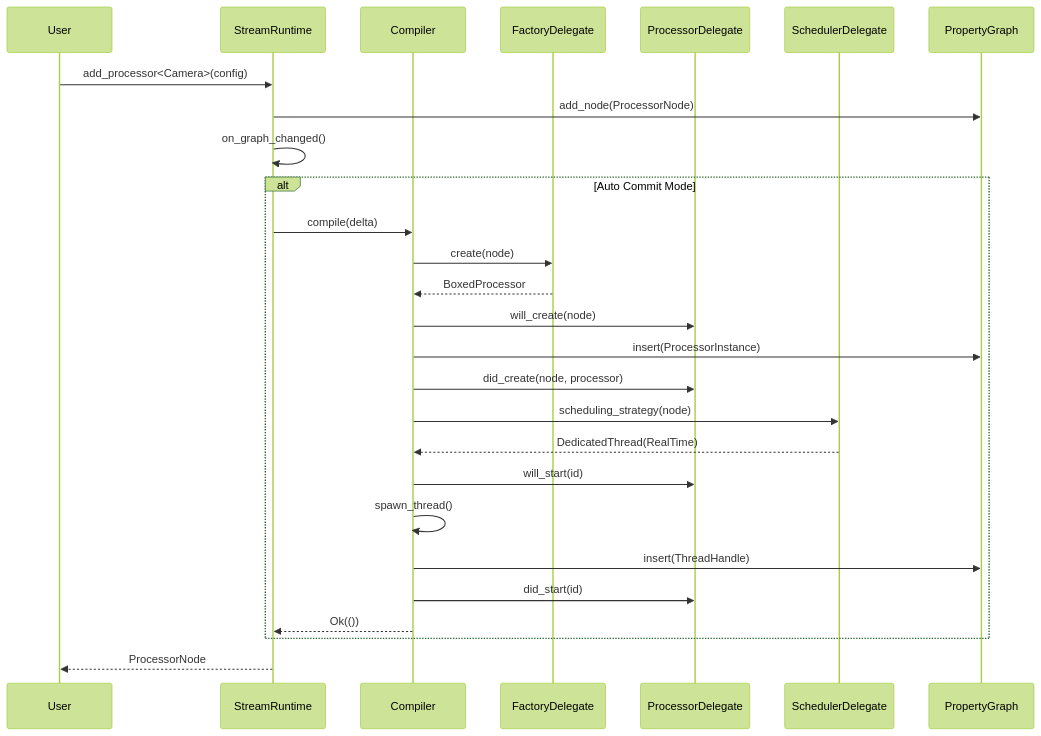
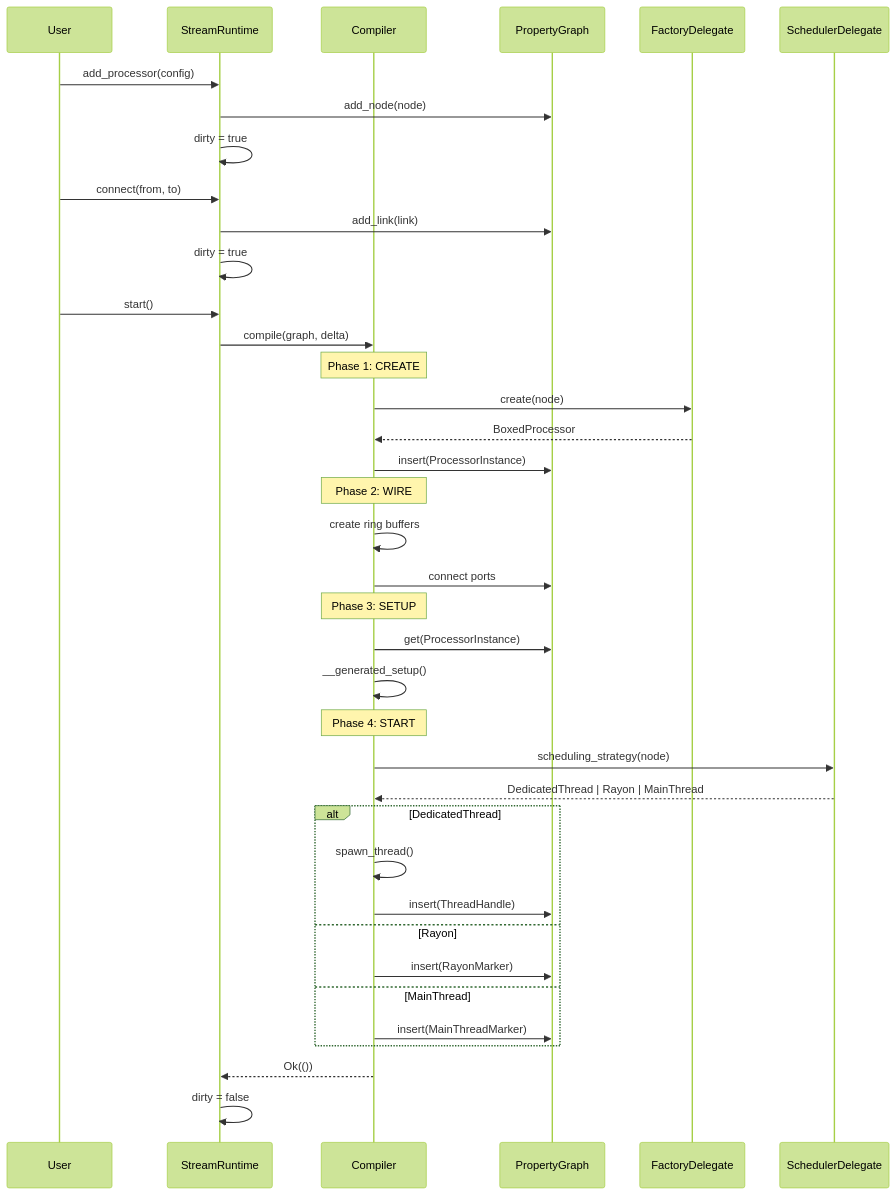
The first of 3 diagrams in docs/ARCHITECTURE_V2_DIAGRAMS.md (tatolab/streamlib), drawn with Mermaid (forest theme) before and after one commit. The commit also changed other lines of this file and 124 other files, not shown here.

First line of the commit message:
refactor: Unified Graph architecture with ECS components and query interface design (#71)

````diff
--- a/docs/ARCHITECTURE_V2_DIAGRAMS.md
+++ b/docs/ARCHITECTURE_V2_DIAGRAMS.md
@@ -119,37 +505,48 @@
 ```mermaid
 sequenceDiagram
     participant User
     participant Runtime as StreamRuntime
     participant Compiler
+    participant Graph as PropertyGraph
     participant Factory as FactoryDelegate
-    participant Processor as ProcessorDelegate
     participant Scheduler as SchedulerDelegate
-    participant Graph as PropertyGraph
 
-    User->>Runtime: add_processor<Camera>(config)
-    Runtime->>Graph: add_node(ProcessorNode)
-    Runtime->>Runtime: on_graph_changed()
+    User->>Runtime: add_processor(config)
+    Runtime->>Graph: add_node(node)
+    Runtime->>Runtime: dirty = true
     
-    alt Auto Commit Mode
-        Runtime->>Compiler: compile(delta)
-        
-        Compiler->>Factory: create(node)
-        Factory-->>Compiler: BoxedProcessor
-        
-        Compiler->>Processor: will_create(node)
-        Compiler->>Graph: insert(ProcessorInstance)
-        Compiler->>Processor: did_create(node, processor)
-        
-        Compiler->>Scheduler: scheduling_strategy(node)
-        Scheduler-->>Compiler: DedicatedThread(RealTime)
-        
-        Compiler->>Processor: will_start(id)
+    User->>Runtime: connect(from, to)
+    Runtime->>Graph: add_link(link)
+    Runtime->>Runtime: dirty = true
+    
+    User->>Runtime: start()
+    Runtime->>Compiler: compile(graph, delta)
+    
+    Note over Compiler: Phase 1: CREATE
+    Compiler->>Factory: create(node)
+    Factory-->>Compiler: BoxedProcessor
+    Compiler->>Graph: insert(ProcessorInstance)
+    
+    Note over Compiler: Phase 2: WIRE
+    Compiler->>Compiler: create ring buffers
+    Compiler->>Graph: connect ports
+    
+    Note over Compiler: Phase 3: SETUP
+    Compiler->>Graph: get(ProcessorInstance)
+    Compiler->>Compiler: __generated_setup()
+    
+    Note over Compiler: Phase 4: START
+    Compiler->>Scheduler: scheduling_strategy(node)
+    Scheduler-->>Compiler: DedicatedThread | Rayon | MainThread
+    alt DedicatedThread
         Compiler->>Compiler: spawn_thread()
         Compiler->>Graph: insert(ThreadHandle)
-        Compiler->>Processor: did_start(id)
-        
-        Compiler-->>Runtime: Ok(())
+    else Rayon
+        Compiler->>Graph: insert(RayonMarker)
+    else MainThread
+        Compiler->>Graph: insert(MainThreadMarker)
     end
     
-    Runtime-->>User: ProcessorNode
+    Compiler-->>Runtime: Ok(())
+    Runtime->>Runtime: dirty = false
 ```
````
